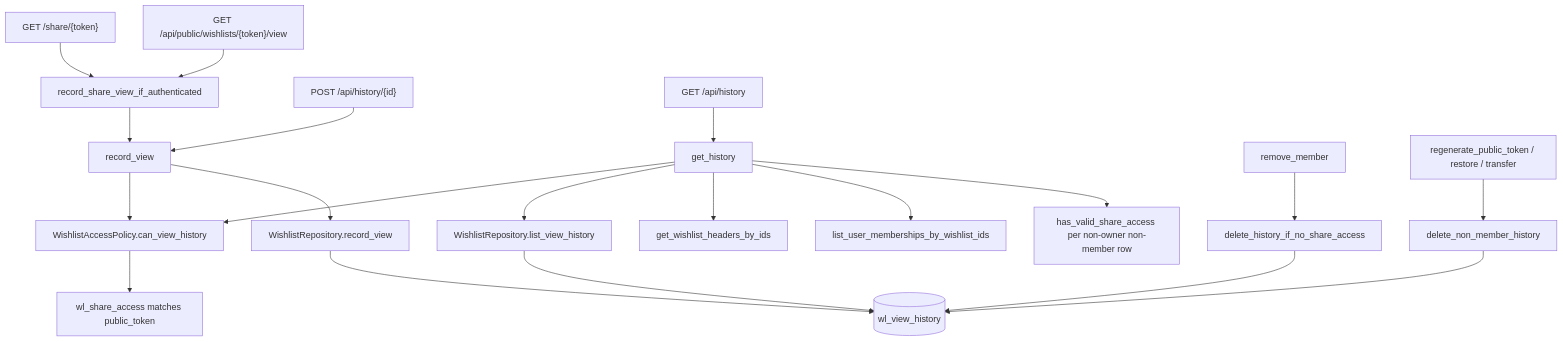
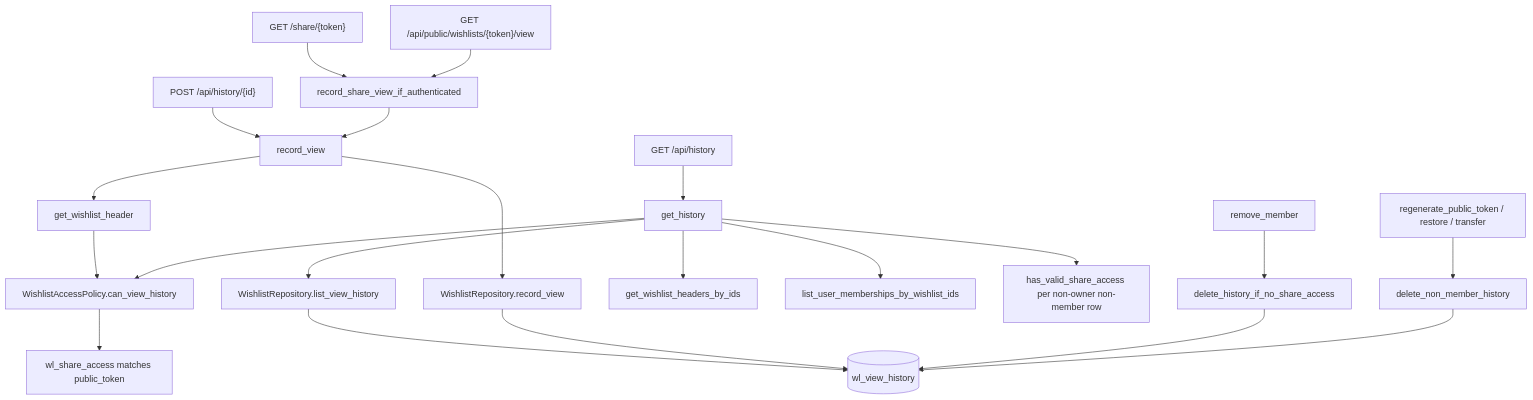
One commit to koctep/wishenka changed the diagram in doc/dev/wishlists.md. Above: the diagram before and after it, drawn with Mermaid. The commit also changed other lines of this file and 11 other files, not shown here.

````diff
--- a/doc/dev/wishlists.md
+++ b/doc/dev/wishlists.md
@@ -832,22 +848,23 @@
 ```mermaid
 flowchart TD
     shareGet["GET /share/{token}"] --> recordHelper["record_share_view_if_authenticated"]
     publicView["GET /api/public/wishlists/{token}/view"] --> recordHelper
     postHist["POST /api/history/{id}"] --> recordView["record_view"]
     getHist["GET /api/history"] --> getHistory["get_history"]
     recordHelper --> recordView
-    recordView --> policy["WishlistAccessPolicy.can_view_history"]
+    recordView --> oneHeader["get_wishlist_header"]
+    oneHeader --> policy["WishlistAccessPolicy.can_view_history"]
     getHistory --> policy
     recordView --> repo["WishlistRepository.record_view"]
     getHistory --> listSql["WishlistRepository.list_view_history"]
     getHistory --> headers["get_wishlist_headers_by_ids"]
     getHistory --> memberships["list_user_memberships_by_wishlist_ids"]
     getHistory --> shareRow["has_valid_share_access per non-owner non-member row"]
     removeMember["remove_member"] --> dropOne["delete_history_if_no_share_access"]
     rotate["regenerate_public_token / restore / transfer"] --> dropMany["delete_non_member_history"]
     policy --> grants["wl_share_access matches public_token"]
     listSql --> db[("wl_view_history")]
     repo --> db
     dropOne --> db
     dropMany --> db
 ```
````
